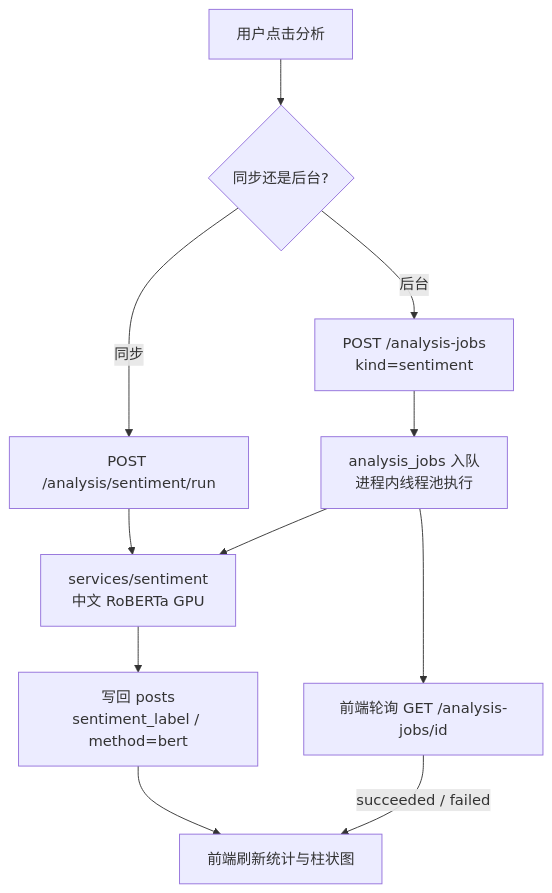
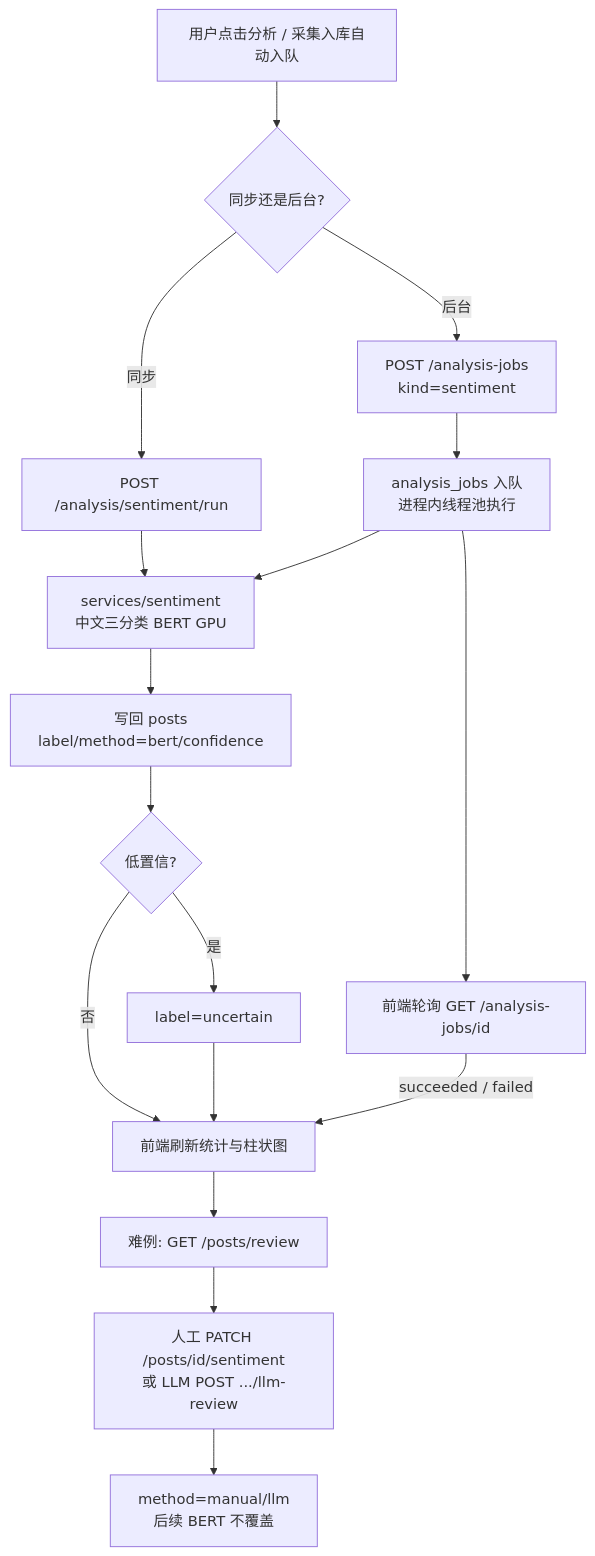
One commit to LinJJ12/yuqing changed the fourth of 13 diagrams in docs/diagrams.md. Above: the diagram before and after it, drawn with Mermaid. The commit also changed other lines of this file and 27 other files, not shown here.

````diff
--- a/docs/diagrams.md
+++ b/docs/diagrams.md
@@ -63,13 +65,19 @@
 ```mermaid
 flowchart TD
-    A[用户点击分析] --> B{同步还是后台?}
+    A[用户点击分析 / 采集入库自动入队] --> B{同步还是后台?}
     B -->|同步| C[POST /analysis/sentiment/run]
     B -->|后台| D[POST /analysis-jobs<br/>kind=sentiment]
     D --> E[analysis_jobs 入队<br/>进程内线程池执行]
-    C --> F[services/sentiment<br/>中文 RoBERTa GPU]
+    C --> F[services/sentiment<br/>中文三分类 BERT GPU]
     E --> F
-    F --> G[写回 posts<br/>sentiment_label / method=bert]
-    G --> H[前端刷新统计与柱状图]
+    F --> G[写回 posts<br/>label/method=bert/confidence]
+    G --> G2{低置信?}
+    G2 -->|是| G3[label=uncertain]
+    G2 -->|否| H[前端刷新统计与柱状图]
+    G3 --> H
     E --> I[前端轮询 GET /analysis-jobs/id]
     I -->|succeeded / failed| H
+    H --> J[难例: GET /posts/review]
+    J --> K[人工 PATCH /posts/id/sentiment<br/>或 LLM POST .../llm-review]
+    K --> L[method=manual/llm<br/>后续 BERT 不覆盖]
 ```
````
